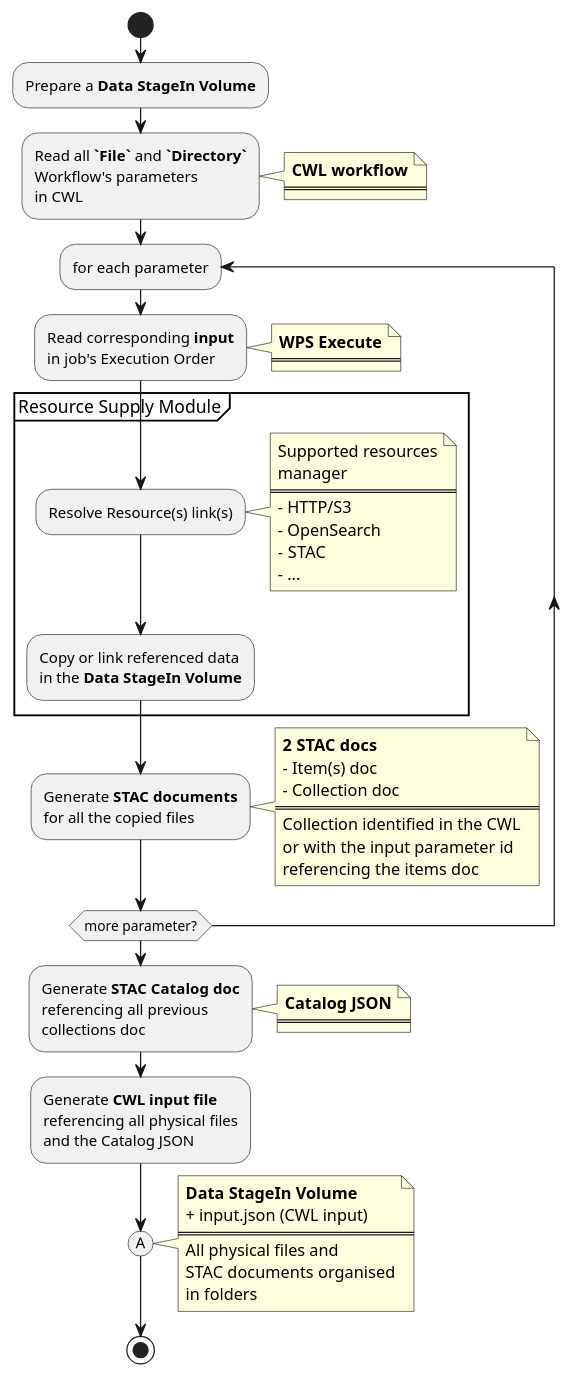
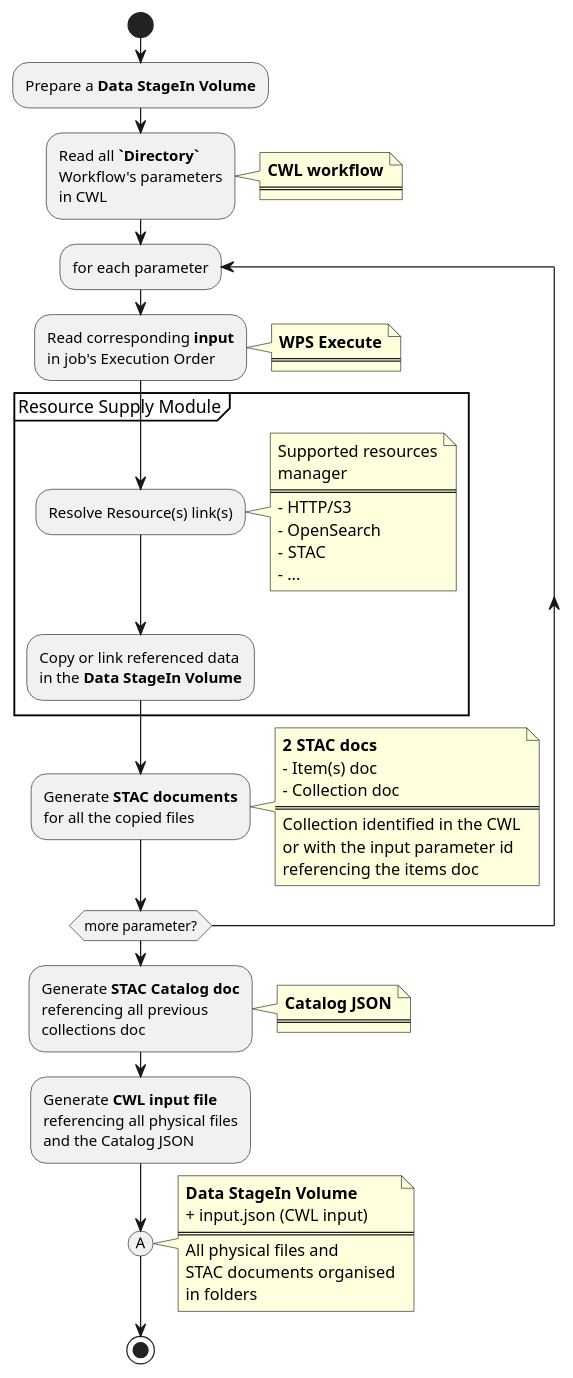
One commit to EOEPCA/proc-ades changed the diagram in docs/include/datastagein.wsd. Above: the diagram before and after it, drawn with PlantUML. The commit also changed 5 other files, not shown here.

```diff
--- a/docs/include/datastagein.wsd
+++ b/docs/include/datastagein.wsd
@@ -1,61 +1,61 @@
 @startuml Data Stage In Activity Diagram
 
 start
 
 :Prepare a **Data StageIn Volume**;
-:Read all **`File`** and **`Directory`**\nWorkflow's parameters\nin CWL;
+:Read all **`Directory`**\nWorkflow's parameters\nin CWL;
 note right
     **CWL workflow**
     ====
 end note
 repeat :for each parameter;
 :Read corresponding **input**\nin job's Execution Order;
 note right
     **WPS Execute**
     ====
 end note
 partition "Resource Supply Module" {
     :Resolve Resource(s) link(s);
     note right
         Supported resources
         manager
         ====
         - HTTP/S3
         - OpenSearch
         - STAC
         - ...
     end note
     :Copy or link referenced data\nin the **Data StageIn Volume**;
 }
 :Generate **STAC documents**\nfor all the copied files;
 note right
     **2 STAC docs**
     - Item(s) doc
     - Collection doc
     ====
     Collection identified in the CWL
     or with the input parameter id
     referencing the items doc
 end note
 repeat while (more parameter?)
 
 :Generate **STAC Catalog doc**\nreferencing all previous\ncollections doc;
 note right
     **Catalog JSON**
     ====
 end note
 :Generate **CWL input file**\nreferencing all physical files\nand the Catalog JSON;
 
 (A)
 note right
     **Data StageIn Volume**
     + input.json (CWL input)
     ====
     All physical files and
     STAC documents organised
     in folders
 end note
 
 stop
 
 @enduml
```
